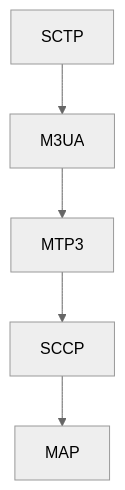
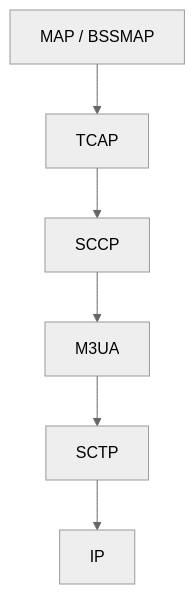
One commit to bbaranoff/osmo_egprs changed the fifth of 9 diagrams in README.md. Above: the diagram before and after it, drawn with Mermaid (neutral theme). The commit also changed other lines of this file, not shown here.

````diff
--- a/README.md
+++ b/README.md
@@ -314,7 +319,8 @@
 ```mermaid
 flowchart TB
-    SCTP --> M3UA
-    M3UA --> MTP3
-    MTP3 --> SCCP
-    SCCP --> MAP
+    MAP["MAP / BSSMAP"] --> TCAP["TCAP"]
+    TCAP --> SCCP["SCCP"]
+    SCCP --> M3UA["M3UA"]
+    M3UA --> SCTP["SCTP"]
+    SCTP --> IP["IP"]
 ```
````
